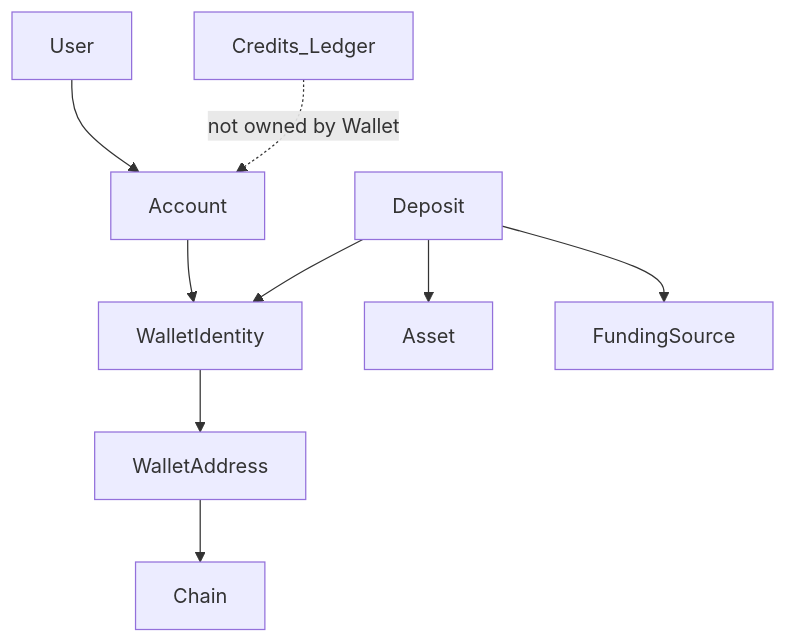
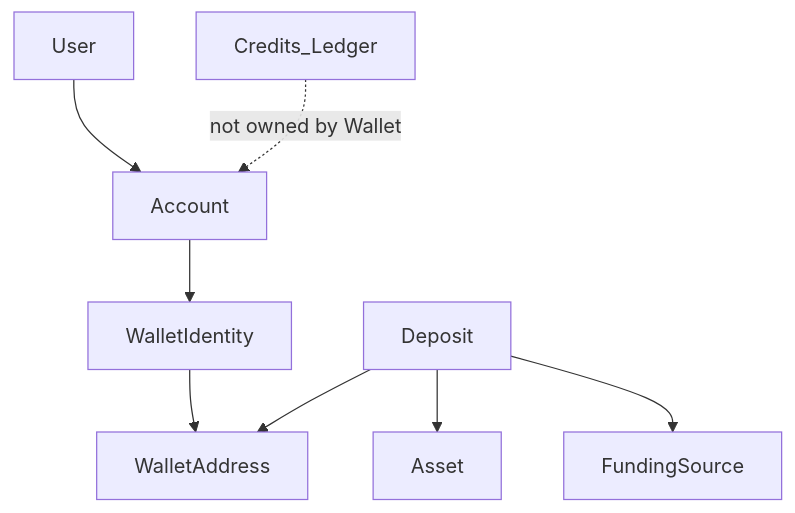
One commit to roamkit-net/roamkit-docs changed the diagram in docs/rfcs/003-wallet-domain-ownership-model.md. Above: the diagram before and after it, drawn with Mermaid. The commit also changed other lines of this file and 4 other files, not shown here.

Commit message:
docs(architecture): Funding Boundary and Credits-only product spend (#69)

````diff
--- a/docs/rfcs/003-wallet-domain-ownership-model.md
+++ b/docs/rfcs/003-wallet-domain-ownership-model.md
@@ -65,18 +85,17 @@
 ```mermaid
 flowchart TD
   User[User]
   Account[Account]
   Identity[WalletIdentity]
   Addr[WalletAddress]
-  Chain[Chain]
   Deposit[Deposit]
   Asset[Asset]
+  FS[FundingSource]
   Credits[Credits_Ledger]
   User --> Account --> Identity
   Identity --> Addr
-  Addr --> Chain
-  Deposit --> Identity
+  Deposit --> Addr
   Deposit --> Asset
-  Deposit --> FundingSource[FundingSource]
+  Deposit --> FS
   Credits -.->|"not owned by Wallet"| Account
 ```
````
